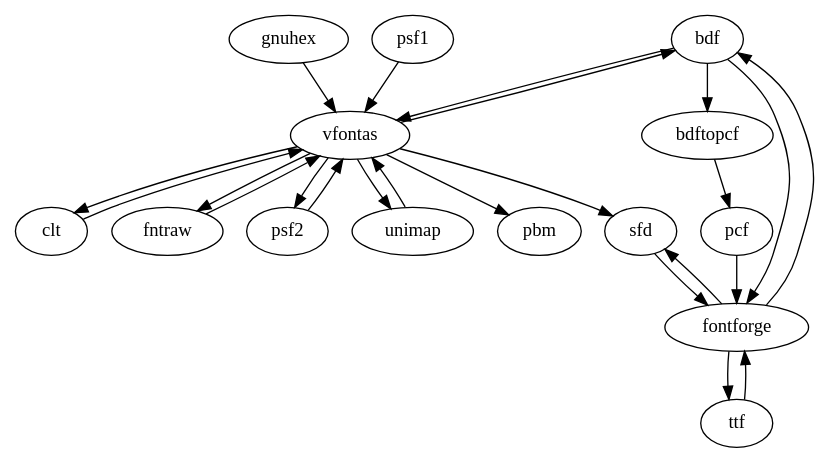
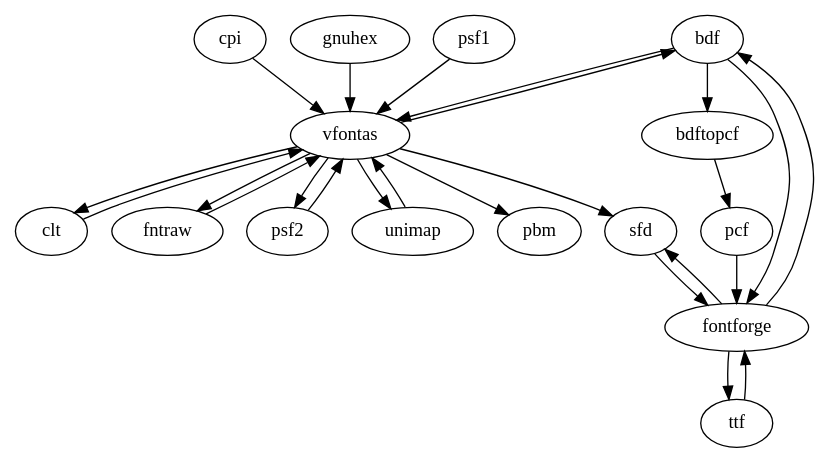
Before and after one commit to consoleet/consoleet-utils: the diagram in doc/vfontas-formats.dot, drawn with Graphviz. The commit also changed 1 other file, not shown here.

Commit message:
vfontas: support reading EGA.ICE with -xcpi

```diff
--- a/doc/vfontas-formats.dot
+++ b/doc/vfontas-formats.dot
@@ -1,25 +1,26 @@
 digraph {
 	bdf -> vfontas;
 	clt -> vfontas;
+	cpi -> vfontas;
 	fntraw -> vfontas;
 	gnuhex -> vfontas;
 	psf1 -> vfontas;
 	psf2 -> vfontas;
 	unimap -> vfontas;
 	vfontas -> bdf;
 	vfontas -> clt;
 	vfontas -> fntraw;
 	vfontas -> pbm;
 	vfontas -> psf2;
 	vfontas -> sfd;
 	vfontas -> unimap;
 	bdf -> bdftopcf;
 	bdftopcf -> pcf;
 	bdf -> fontforge;
 	pcf -> fontforge;
 	sfd -> fontforge;
 	ttf -> fontforge;
 	fontforge -> bdf;
 	fontforge -> sfd;
 	fontforge -> ttf;
 }
```
